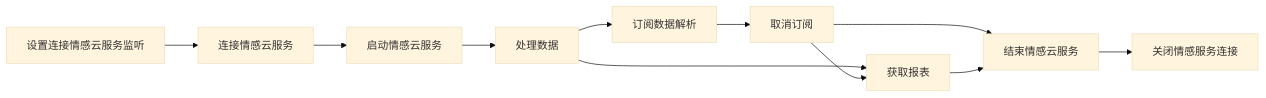
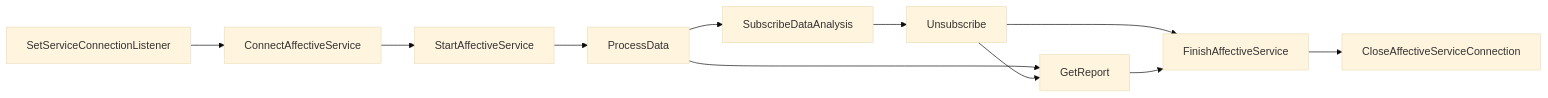
Before and after one commit to Entertech/Enter-Affective-Offline-SDK: the diagram in README.md, drawn with Mermaid (base theme). The commit also changed other lines of this file and 1 other file, not shown here.

````diff
--- a/README.md
+++ b/README.md
@@ -346,15 +357,14 @@
 ```mermaid
 graph LR
 
-设置连接情感云服务监听-->
-连接情感云服务-->
-启动情感云服务-->处理数据
-处理数据-->获取报表
-处理数据-->订阅数据解析
-订阅数据解析-->取消订阅
-取消订阅-->结束情感云服务
-取消订阅-->获取报表
-获取报表-->结束情感云服务-->
-关闭情感服务连接
-
+SetServiceConnectionListener-->
+ConnectAffectiveService-->
+StartAffectiveService-->ProcessData
+ProcessData-->GetReport
+ProcessData-->SubscribeDataAnalysis
+SubscribeDataAnalysis-->Unsubscribe
+Unsubscribe-->FinishAffectiveService
+Unsubscribe-->GetReport
+GetReport-->FinishAffectiveService-->
+CloseAffectiveServiceConnection
 ```
````
